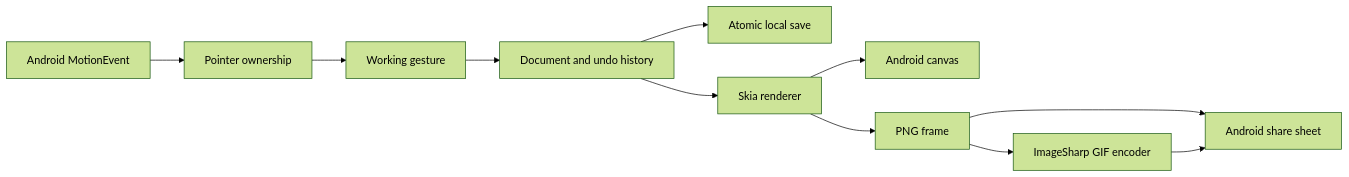
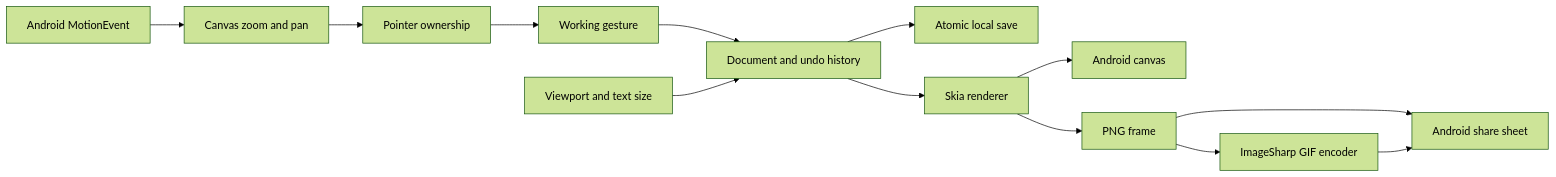
One commit to shirubasoft/apps changed the diagram in pen-sketch/docs/architecture.md. Above: the diagram before and after it, drawn with Mermaid (forest theme). The commit also changed other lines of this file and 15 other files, not shown here.

First line of the commit message:
docs(pen-sketch): document viewport and text sizing controls

````diff
--- a/pen-sketch/docs/architecture.md
+++ b/pen-sketch/docs/architecture.md
@@ -9,13 +11,15 @@
 ```mermaid
 flowchart LR
-    Input[Android MotionEvent] --> Ownership[Pointer ownership]
+    Input[Android MotionEvent] --> View[Canvas zoom and pan]
+    View --> Ownership[Pointer ownership]
     Ownership --> Gesture[Working gesture]
     Gesture --> History[Document and undo history]
+    Viewport[Viewport and text size] --> History
     History --> Store[Atomic local save]
     History --> Render[Skia renderer]
     Render --> Canvas[Android canvas]
     Render --> PNG[PNG frame]
     PNG --> GIF[ImageSharp GIF encoder]
     PNG --> Share[Android share sheet]
     GIF --> Share
 ```
````
